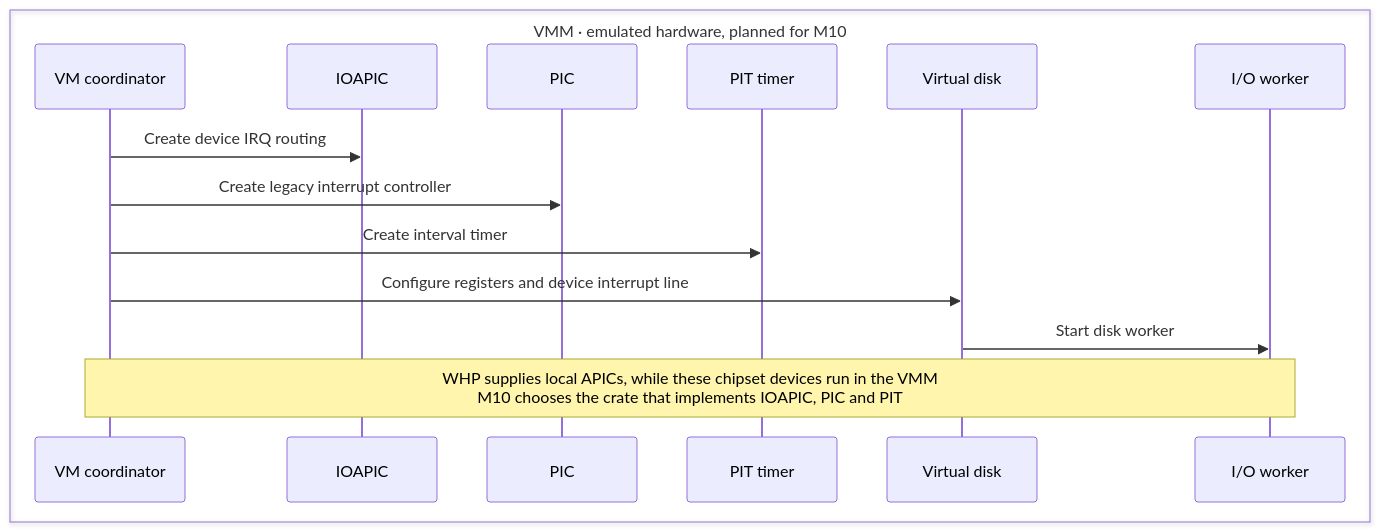
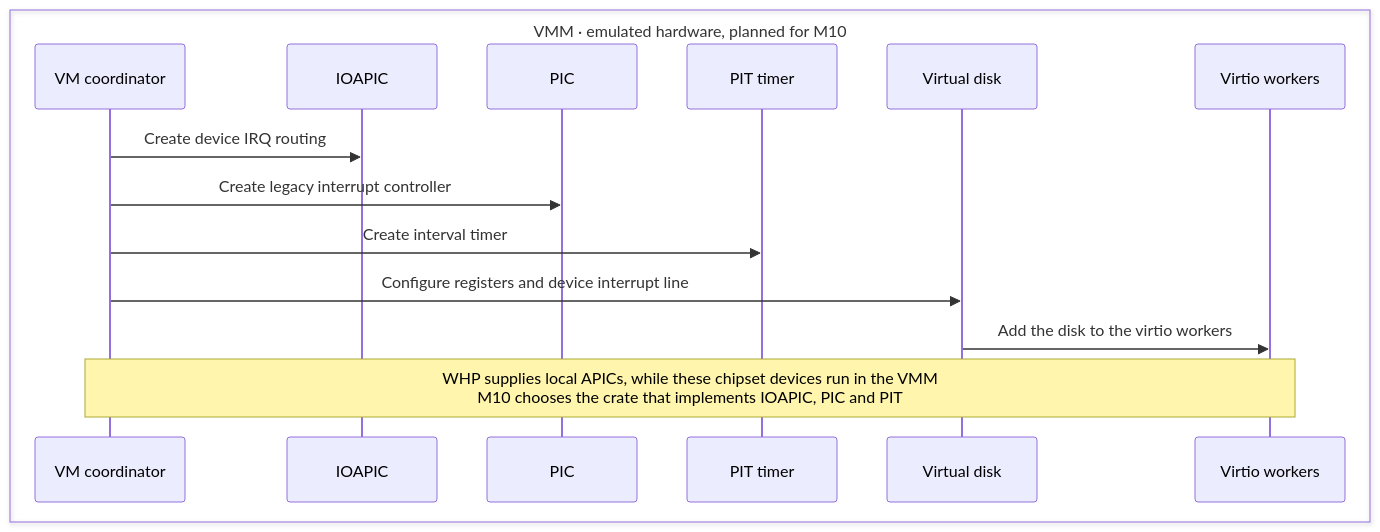
The third of 12 diagrams in docs/contributing/architecture/vmm/whp.md (boxlite-ai/boxlite), drawn with Mermaid before and after one commit. The commit also changed other lines of this file and 21 other files, not shown here.

First line of the commit message:
feat(vmm): add the virtio workers

````diff
--- a/docs/contributing/architecture/vmm/whp.md
+++ b/docs/contributing/architecture/vmm/whp.md
@@ -87,22 +87,22 @@
 ```mermaid
 sequenceDiagram
   box VMM · emulated hardware, planned for M10
     participant coordinator as VM coordinator
     participant ioapic as IOAPIC
     participant pic as PIC
     participant pit as PIT timer
     participant disk as Virtual disk
-    participant worker as I/O worker
+    participant worker as Virtio workers
   end
   %% edge:whp_4_e1
   coordinator->>ioapic: Create device IRQ routing
   %% edge:whp_4_e2
   coordinator->>pic: Create legacy interrupt controller
   %% edge:whp_4_e3
   coordinator->>pit: Create interval timer
   %% edge:whp_4_e4
   coordinator->>disk: Configure registers and device interrupt line
   %% edge:whp_4_e5
-  disk->>worker: Start disk worker
+  disk->>worker: Add the disk to the virtio workers
   Note over coordinator,worker: WHP supplies local APICs, while these chipset devices run in the VMM<br/>M10 chooses the crate that implements IOAPIC, PIC and PIT
 ```
````
